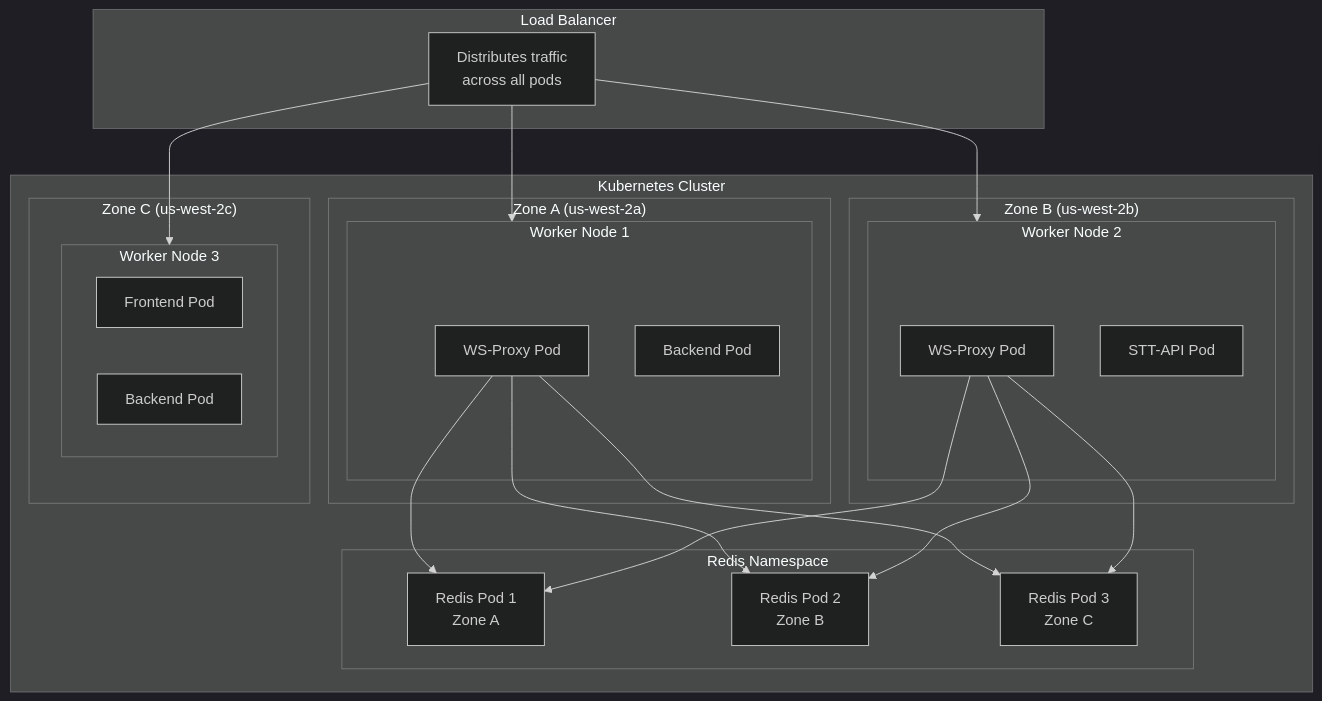
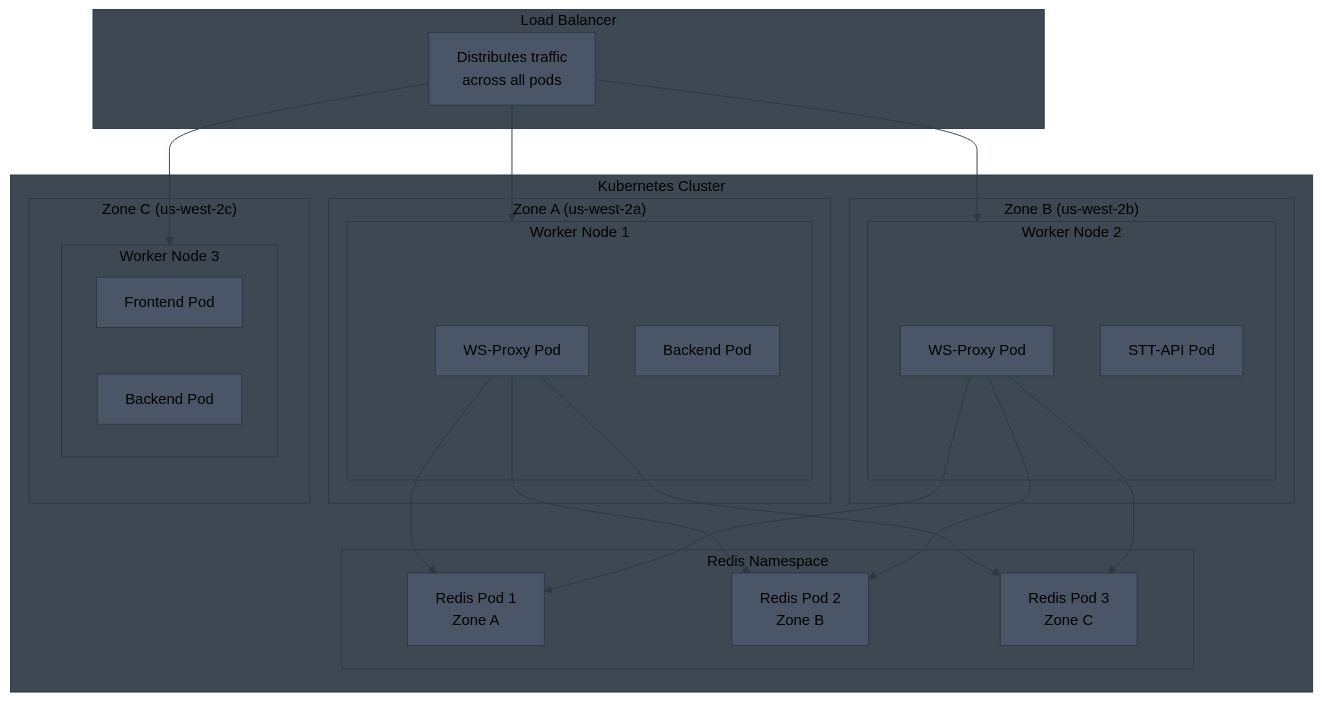
The third of 8 diagrams in diagrams/eks-architecture.md (aldea-ai/infrastructure-docs), drawn with Mermaid before and after one commit. The commit also changed other lines of this file and 2 other files, not shown here.

Commit message:
Use custom dark gray theme with black text for dark mode readability

````diff
--- a/diagrams/eks-architecture.md
+++ b/diagrams/eks-architecture.md
@@ -91,39 +91,39 @@
 ```mermaid
-%%{init: {'theme': 'dark'}}%%
+%%{init: {'theme': 'base', 'themeVariables': { 'primaryColor': '#4a5568', 'primaryTextColor': '#000', 'primaryBorderColor': '#2d3748', 'lineColor': '#2d3748', 'secondaryColor': '#5a6577', 'tertiaryColor': '#6b7280', 'clusterBkg': '#3d4852', 'clusterBorder': '#2d3748', 'titleColor': '#000'}}}%%
 flowchart TB
     subgraph ALB["Load Balancer"]
         LB[Distributes traffic<br/>across all pods]
     end
 
     subgraph EKS["Kubernetes Cluster"]
         subgraph AZ_A["Zone A (us-west-2a)"]
             subgraph NodeA["Worker Node 1"]
                 WS_A1[WS-Proxy Pod]
                 BE_A1[Backend Pod]
             end
         end
 
         subgraph AZ_B["Zone B (us-west-2b)"]
             subgraph NodeB["Worker Node 2"]
                 WS_B1[WS-Proxy Pod]
                 STT_B1[STT-API Pod]
             end
         end
 
         subgraph AZ_C["Zone C (us-west-2c)"]
             subgraph NodeC["Worker Node 3"]
                 FE_C1[Frontend Pod]
                 BE_C1[Backend Pod]
             end
         end
 
         subgraph Redis["Redis Namespace"]
             R1[Redis Pod 1<br/>Zone A]
             R2[Redis Pod 2<br/>Zone B]
             R3[Redis Pod 3<br/>Zone C]
         end
     end
 
     LB --> NodeA & NodeB & NodeC
     WS_A1 & WS_B1 --> R1 & R2 & R3
 ```
````
